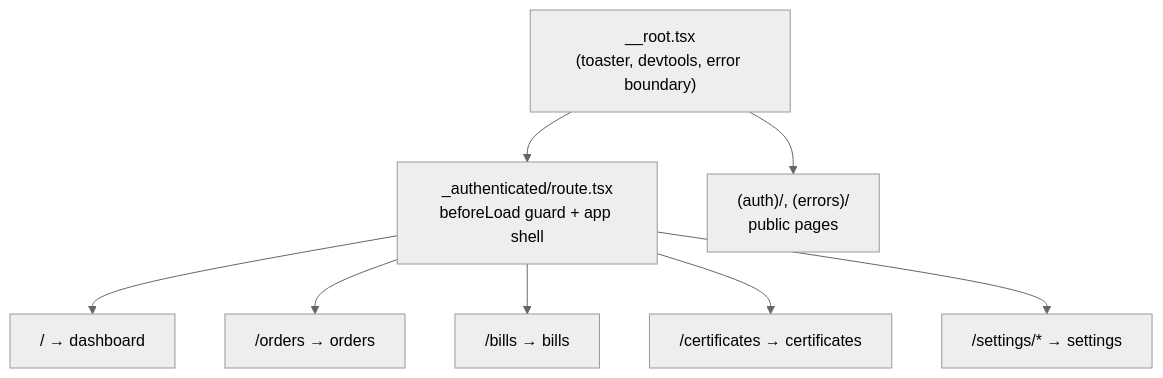
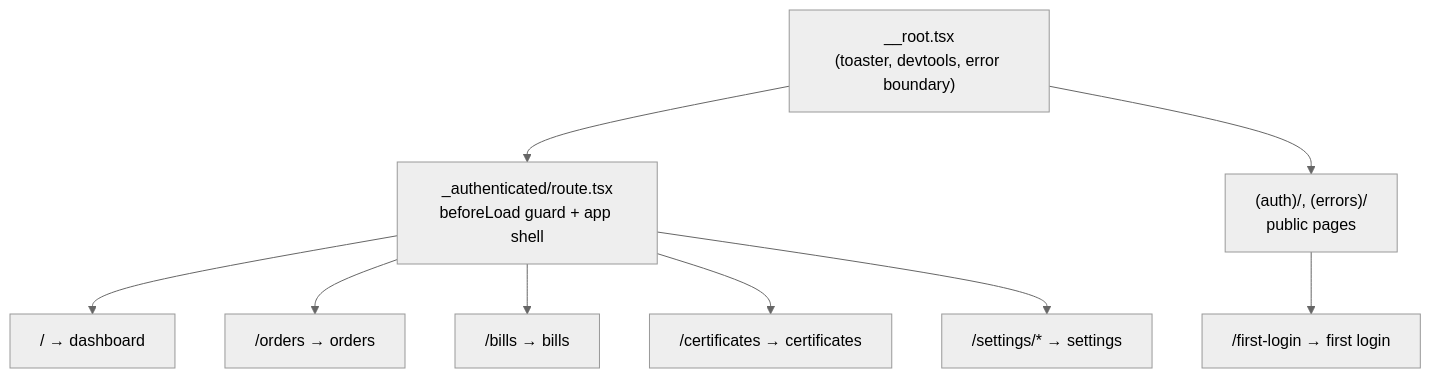
Before and after one commit to TGCTZ/TGC-SERVICE-FRONTEND: the second of 4 diagrams in docs/architecture.md, drawn with Mermaid (neutral theme). The commit also changed other lines of this file and 6 other files, not shown here.

Commit message:
Docs(): Corrected stale docs and documented the dashboard, first login and role hierarchy

````diff
--- a/docs/architecture.md
+++ b/docs/architecture.md
@@ -330,14 +353,15 @@
 ```mermaid
 flowchart TD
     root["__root.tsx<br/>(toaster, devtools, error boundary)"]
     auth["_authenticated/route.tsx<br/>beforeLoad guard + app shell"]
     pub["(auth)/, (errors)/<br/>public pages"]
 
     root --> auth
     root --> pub
     auth --> dash["/ → dashboard"]
     auth --> orders["/orders → orders"]
     auth --> bills["/bills → bills"]
     auth --> certs["/certificates → certificates"]
     auth --> settings["/settings/* → settings"]
+    pub --> first["/first-login → first login"]
 ```
````
